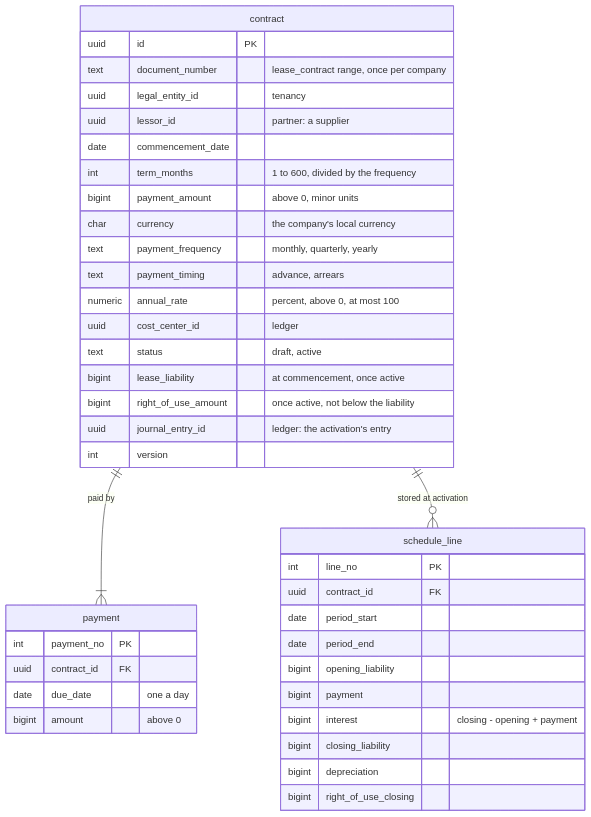
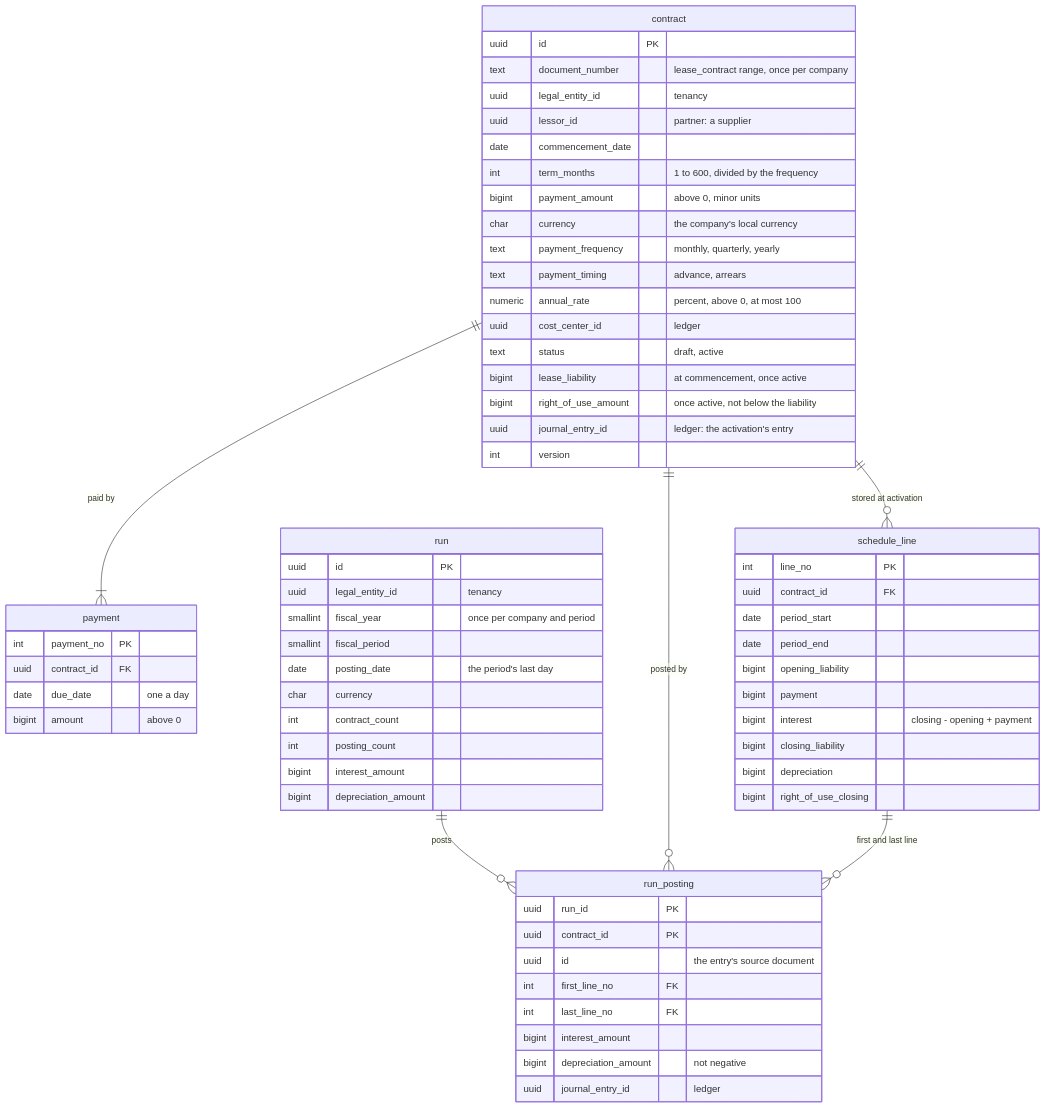
Diagram 20 of 20 in docs/design/03-data-model.md (mustie7iy/agentic-erp), drawn with Mermaid before and after one commit. The commit also changed other lines of this file and 45 other files, not shown here.

````diff
--- a/docs/design/03-data-model.md
+++ b/docs/design/03-data-model.md
@@ -5533,36 +5535,57 @@
 ```mermaid
 erDiagram
   contract ||--|{ payment : "paid by"
   contract ||--o{ schedule_line : "stored at activation"
+  run ||--o{ run_posting : "posts"
+  contract ||--o{ run_posting : "posted by"
+  schedule_line ||--o{ run_posting : "first and last line"
   contract { uuid id PK
     text document_number "lease_contract range, once per company"
     uuid legal_entity_id "tenancy"
     uuid lessor_id "partner: a supplier"
     date commencement_date
     int term_months "1 to 600, divided by the frequency"
     bigint payment_amount "above 0, minor units"
     char currency "the company's local currency"
     text payment_frequency "monthly, quarterly, yearly"
     text payment_timing "advance, arrears"
     numeric annual_rate "percent, above 0, at most 100"
     uuid cost_center_id "ledger"
     text status "draft, active"
     bigint lease_liability "at commencement, once active"
     bigint right_of_use_amount "once active, not below the liability"
     uuid journal_entry_id "ledger: the activation's entry"
     int version }
   payment { int payment_no PK
     uuid contract_id FK
     date due_date "one a day"
     bigint amount "above 0" }
   schedule_line { int line_no PK
     uuid contract_id FK
     date period_start
     date period_end
     bigint opening_liability
     bigint payment
     bigint interest "closing - opening + payment"
     bigint closing_liability
     bigint depreciation
     bigint right_of_use_closing }
+  run { uuid id PK
+    uuid legal_entity_id "tenancy"
+    smallint fiscal_year "once per company and period"
+    smallint fiscal_period
+    date posting_date "the period's last day"
+    char currency
+    int contract_count
+    int posting_count
+    bigint interest_amount
+    bigint depreciation_amount }
+  run_posting { uuid run_id PK
+    uuid contract_id PK
+    uuid id "the entry's source document"
+    int first_line_no FK
+    int last_line_no FK
+    bigint interest_amount
+    bigint depreciation_amount "not negative"
+    uuid journal_entry_id "ledger" }
 ```
````
